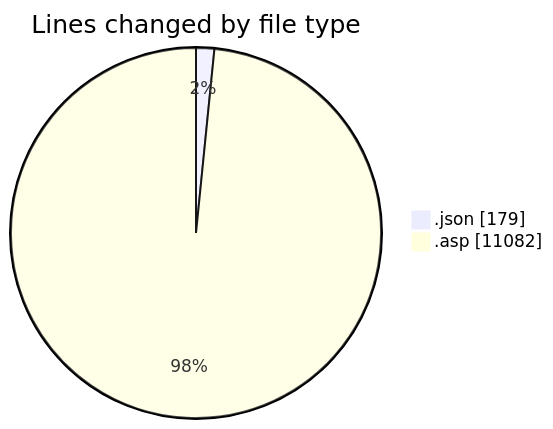
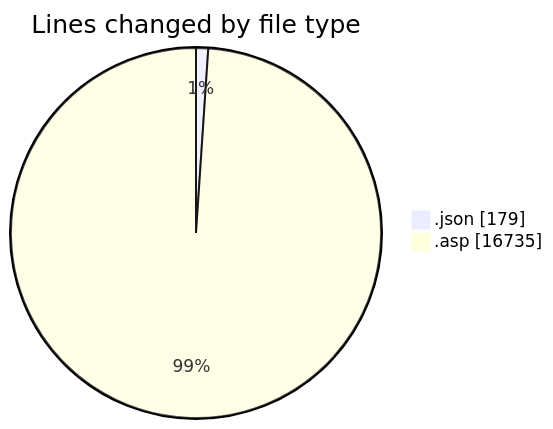
Before and after one commit to julien-gomy/code-tracking: the first of 2 diagrams in 2025-11-17/cdp_aleoudev_fr__workspace_/README.md, drawn with Mermaid. The commit also changed other lines of this file and 1 other file, not shown here.

````diff
--- a/2025-11-17/cdp_aleoudev_fr__workspace_/README.md
+++ b/2025-11-17/cdp_aleoudev_fr__workspace_/README.md
@@ -33,6 +35,6 @@
 ```mermaid
 pie showData
 title Lines changed by file type
 ".json" : 179
-".asp" : 11082
+".asp" : 16735
 ```
````
